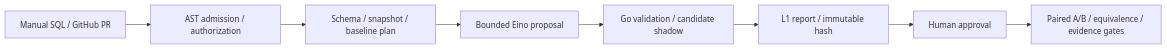
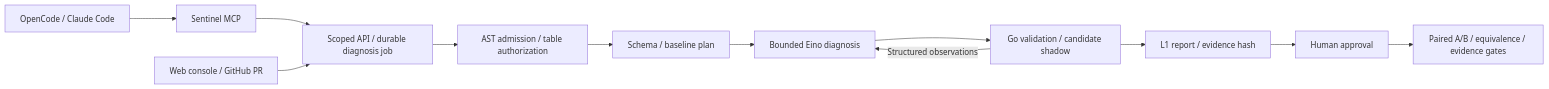
Before and after one commit to 17hwliao/sql-sentinel: the diagram in README.md, drawn with Mermaid. The commit also changed other lines of this file and 101 other files, not shown here.

Commit message:
Publish SQL diagnosis MCP tools and persistent agent workflows

````diff
--- a/README.md
+++ b/README.md
@@ -34,10 +34,14 @@
 ```mermaid
 flowchart LR
-    I["Manual SQL / GitHub PR"] --> A["AST admission / authorization"]
-    A --> E["Schema / snapshot / baseline plan"]
-    E --> P["Bounded Eino proposal"]
+    M["OpenCode / Claude Code"] --> T["Sentinel MCP"]
+    T --> J["Scoped API / durable diagnosis job"]
+    I["Web console / GitHub PR"] --> J
+    J --> A["AST admission / table authorization"]
+    A --> E["Schema / baseline plan"]
+    E --> P["Bounded Eino diagnosis"]
     P --> V["Go validation / candidate shadow"]
-    V --> R["L1 report / immutable hash"]
+    V -->|Structured observations| P
+    V --> R["L1 report / evidence hash"]
     R --> H["Human approval"]
     H --> B["Paired A/B / equivalence / evidence gates"]
 ```
````
